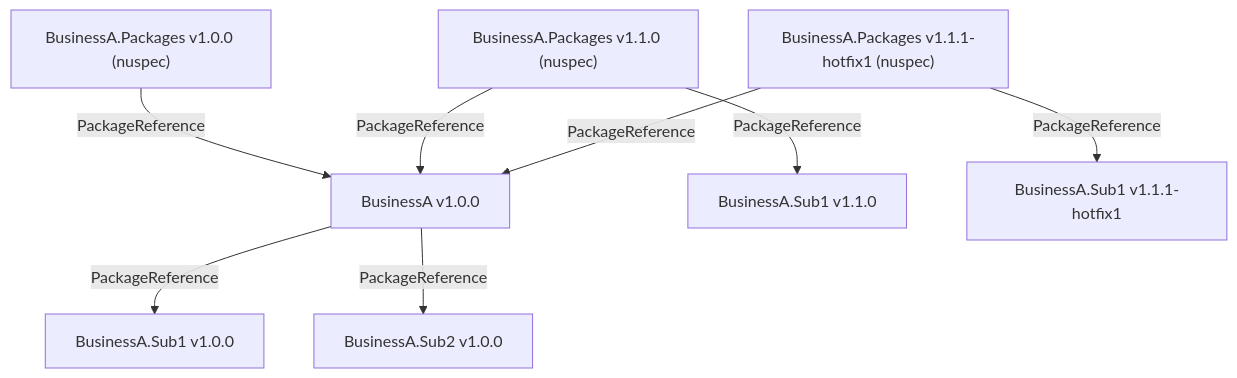
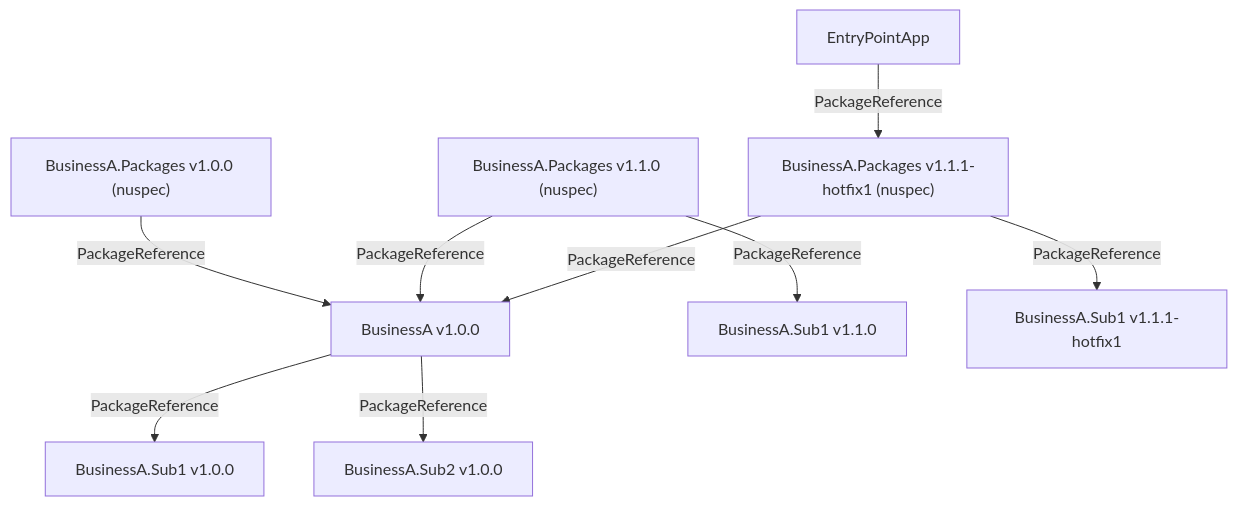
The fifth of 5 diagrams in README.md (runceel/CentralPackageManagementLab), drawn with Mermaid before and after one commit. The commit also changed other lines of this file, not shown here.

````diff
--- a/README.md
+++ b/README.md
@@ -201,21 +207,22 @@
 ```mermaid
 graph TD
+    EntryPointApp -->|PackageReference| PackagesV1.1.1-hotfix1
     PackagesV1["BusinessA.Packages v1.0.0 (nuspec)"]
     PackagesV1.1["BusinessA.Packages v1.1.0 (nuspec)"]
     PackagesV1.1.1-hotfix1["BusinessA.Packages v1.1.1-hotfix1 (nuspec)"]
     RootV1[BusinessA v1.0.0]
     Sub1V1[BusinessA.Sub1 v1.0.0]
     Sub1V1.1[BusinessA.Sub1 v1.1.0]
     Sub1V1.1.1-hotfix1[BusinessA.Sub1 v1.1.1-hotfix1]
     Sub2V1[BusinessA.Sub2 v1.0.0]
 
     PackagesV1 -->|PackageReference| RootV1
     RootV1 -->|PackageReference| Sub1V1
     RootV1 -->|PackageReference| Sub2V1
 
     PackagesV1.1 -->|PackageReference| RootV1
     PackagesV1.1 -->|PackageReference| Sub1V1.1
 
     PackagesV1.1.1-hotfix1 -->|PackageReference| RootV1
     PackagesV1.1.1-hotfix1 -->|PackageReference| Sub1V1.1.1-hotfix1
 ```
````
